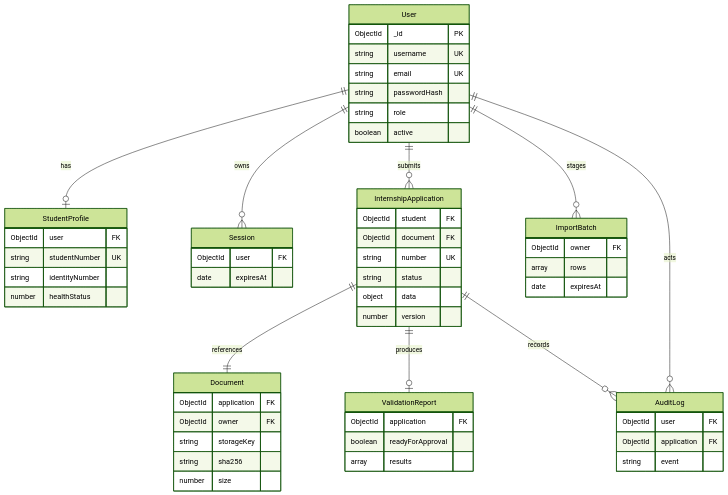
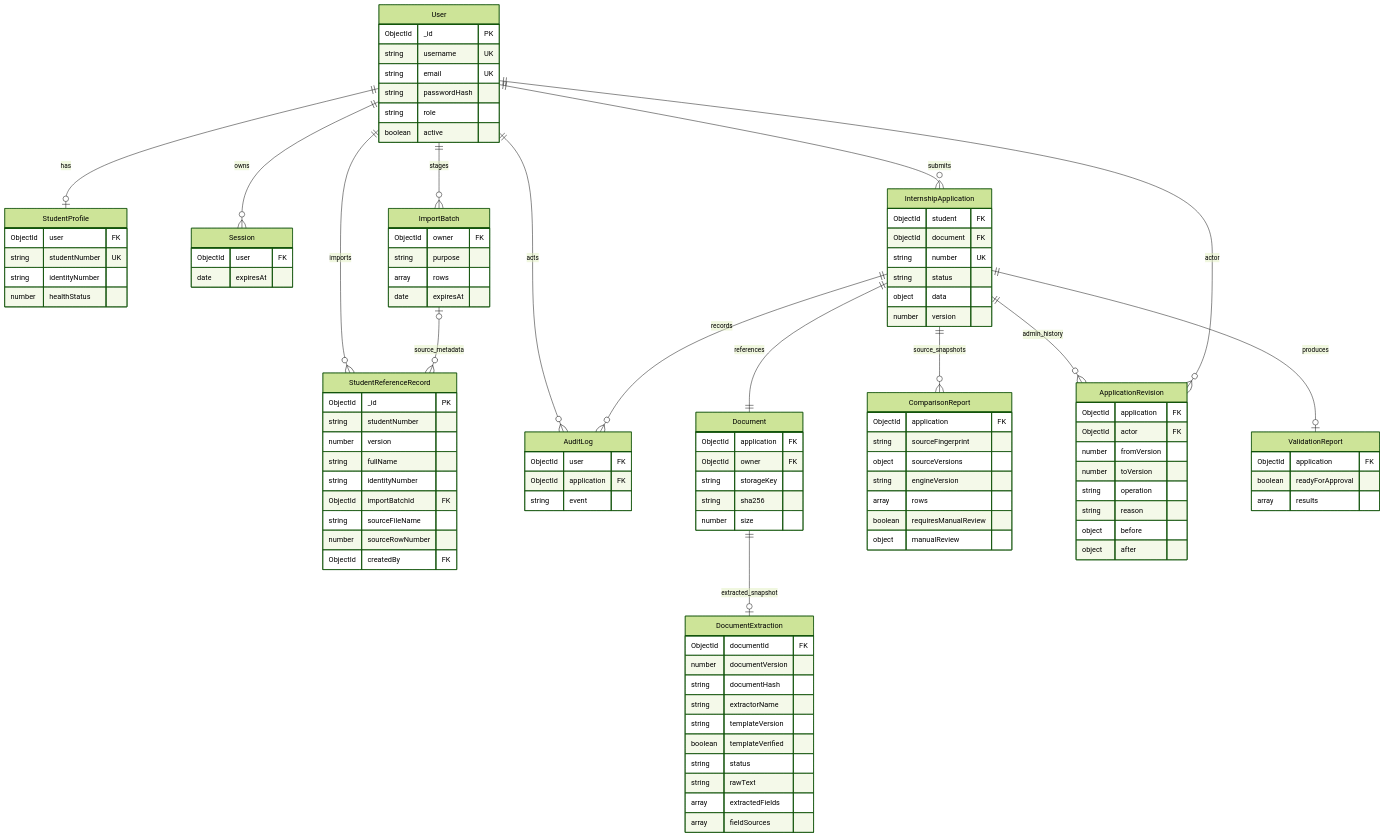
Before and after one commit to Kocaeli-Universitesi-Ders-Projeleri/programming-lab-III: the diagram in docs/diagrams/database.mmd, drawn with Mermaid (forest theme). The commit also changed 126 other files, not shown here.

```diff
--- a/docs/diagrams/database.mmd
+++ b/docs/diagrams/database.mmd
@@ -1,57 +1,106 @@
 erDiagram
   User ||--o| StudentProfile : has
   User ||--o{ Session : owns
   User ||--o{ InternshipApplication : submits
   User ||--o{ ImportBatch : stages
+  User ||--o{ StudentReferenceRecord : imports
+  ImportBatch |o--o{ StudentReferenceRecord : source_metadata
   User ||--o{ AuditLog : acts
   InternshipApplication ||--|| Document : references
+  Document ||--o| DocumentExtraction : extracted_snapshot
+  InternshipApplication ||--o{ ComparisonReport : source_snapshots
+  InternshipApplication ||--o{ ApplicationRevision : admin_history
+  User ||--o{ ApplicationRevision : actor
   InternshipApplication ||--o| ValidationReport : produces
   InternshipApplication ||--o{ AuditLog : records
   User {
     ObjectId _id PK
     string username UK
     string email UK
     string passwordHash
     string role
     boolean active
   }
   StudentProfile {
     ObjectId user FK
     string studentNumber UK
     string identityNumber
     number healthStatus
   }
   Session {
     ObjectId user FK
     date expiresAt
   }
   InternshipApplication {
     ObjectId student FK
     ObjectId document FK
     string number UK
     string status
     object data
     number version
   }
   Document {
     ObjectId application FK
     ObjectId owner FK
     string storageKey
     string sha256
     number size
   }
   ValidationReport {
     ObjectId application FK
     boolean readyForApproval
     array results
   }
+  DocumentExtraction {
+    ObjectId documentId FK
+    number documentVersion
+    string documentHash
+    string extractorName
+    string templateVersion
+    boolean templateVerified
+    string status
+    string rawText
+    array extractedFields
+    array fieldSources
+  }
+  ComparisonReport {
+    ObjectId application FK
+    string sourceFingerprint
+    object sourceVersions
+    string engineVersion
+    array rows
+    boolean requiresManualReview
+    object manualReview
+  }
+  ApplicationRevision {
+    ObjectId application FK
+    ObjectId actor FK
+    number fromVersion
+    number toVersion
+    string operation
+    string reason
+    object before
+    object after
+  }
   ImportBatch {
     ObjectId owner FK
+    string purpose
     array rows
     date expiresAt
+  }
+  StudentReferenceRecord {
+    ObjectId _id PK
+    string studentNumber
+    number version
+    string fullName
+    string identityNumber
+    ObjectId importBatchId FK
+    string sourceFileName
+    number sourceRowNumber
+    ObjectId createdBy FK
   }
   AuditLog {
     ObjectId user FK
     ObjectId application FK
     string event
   }
```
